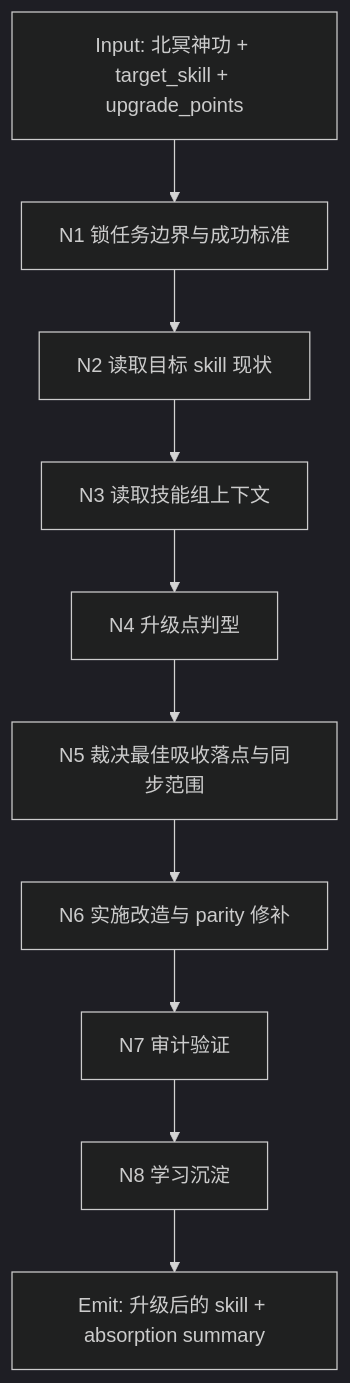
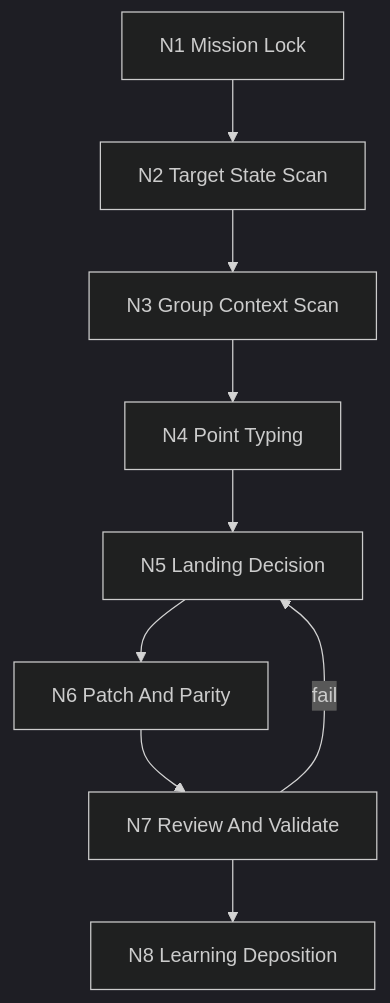
Before and after one commit to ZEN-VOID/AI-CUT: the diagram in .agents/skills/learn/北冥神功/SKILL.md, drawn with Mermaid (dark theme). The commit also changed other lines of this file and 456 other files, not shown here.

````diff
--- a/.agents/skills/learn/北冥神功/SKILL.md
+++ b/.agents/skills/learn/北冥神功/SKILL.md
@@ -73,12 +58,11 @@
 ```mermaid
 flowchart TD
-    A["Input: 北冥神功 + target_skill + upgrade_points"] --> B["N1 锁任务边界与成功标准"]
-    B --> C["N2 读取目标 skill 现状"]
-    C --> D["N3 读取技能组上下文"]
-    D --> E["N4 升级点判型"]
-    E --> F["N5 裁决最佳吸收落点与同步范围"]
-    F --> G["N6 实施改造与 parity 修补"]
-    G --> H["N7 审计验证"]
-    H --> I["N8 学习沉淀"]
-    I --> J["Emit: 升级后的 skill + absorption summary"]
+    A["N1 Mission Lock"] --> B["N2 Target State Scan"]
+    B --> C["N3 Group Context Scan"]
+    C --> D["N4 Point Typing"]
+    D --> E["N5 Landing Decision"]
+    E --> F["N6 Patch And Parity"]
+    F --> G["N7 Review And Validate"]
+    G --> H["N8 Learning Deposition"]
+    G -->|"fail"| E
 ```
````
